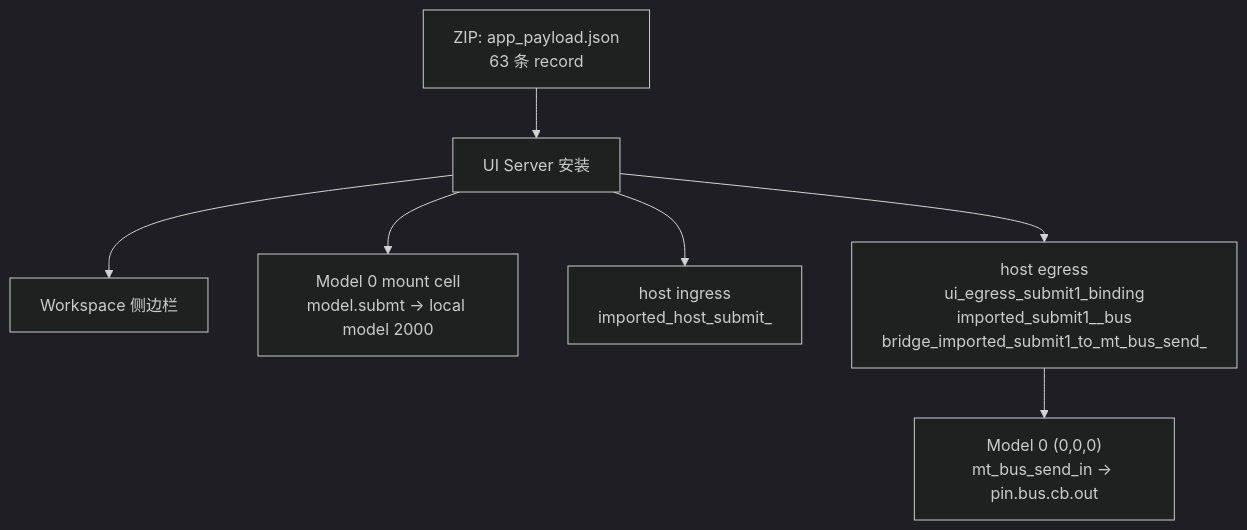
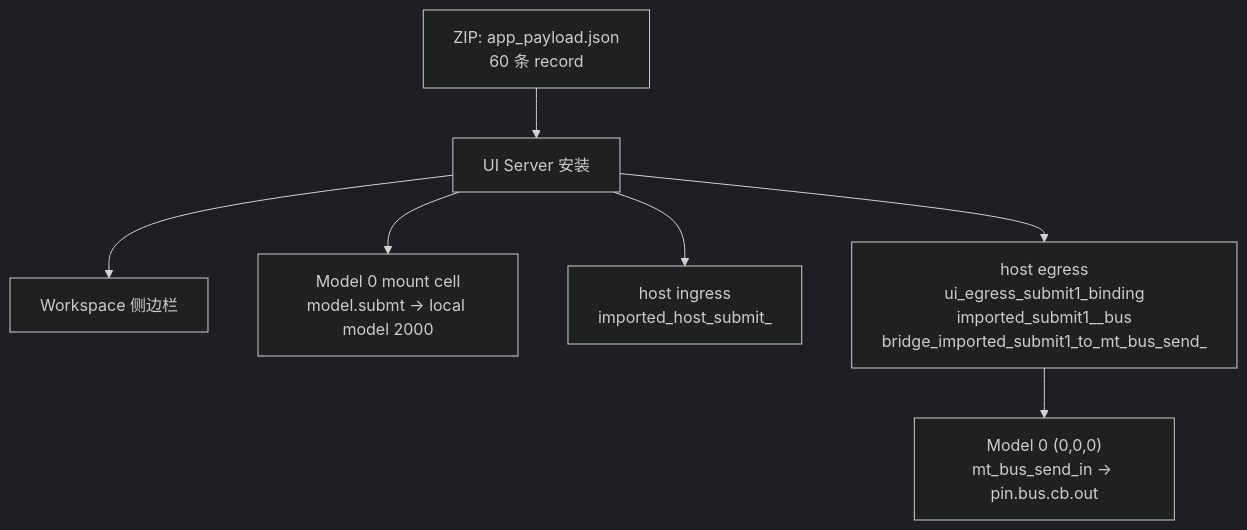
The third of 3 diagrams in docs/user-guide/slide-app-runtime/minimal_submit_app_provider_visualized.md (drooop/dongyu_js_core), drawn with Mermaid (dark theme) before and after one commit. The commit also changed 26 other files, not shown here.

````diff
--- a/docs/user-guide/slide-app-runtime/minimal_submit_app_provider_visualized.md
+++ b/docs/user-guide/slide-app-runtime/minimal_submit_app_provider_visualized.md
@@ -61,16 +61,16 @@
 ```mermaid
 flowchart TB
-  Zip["ZIP: app_payload.json<br/>63 条 record"]
+  Zip["ZIP: app_payload.json<br/>60 条 record"]
   Install["UI Server 安装"]
   Side["Workspace 侧边栏"]
   Submt["Model 0 mount cell<br/>model.submt -> local model 2000"]
   Ingress["host ingress<br/>imported_host_submit_<id>"]
   Egress["host egress<br/>ui_egress_submit1_binding<br/>imported_submit1_<id>_bus<br/>bridge_imported_submit1_to_mt_bus_send_<id>"]
   Bus["Model 0 (0,0,0)<br/>mt_bus_send_in -> pin.bus.cb.out"]
   Zip --> Install
   Install --> Side
   Install --> Submt
   Install --> Ingress
   Install --> Egress
   Egress --> Bus
 ```
````
